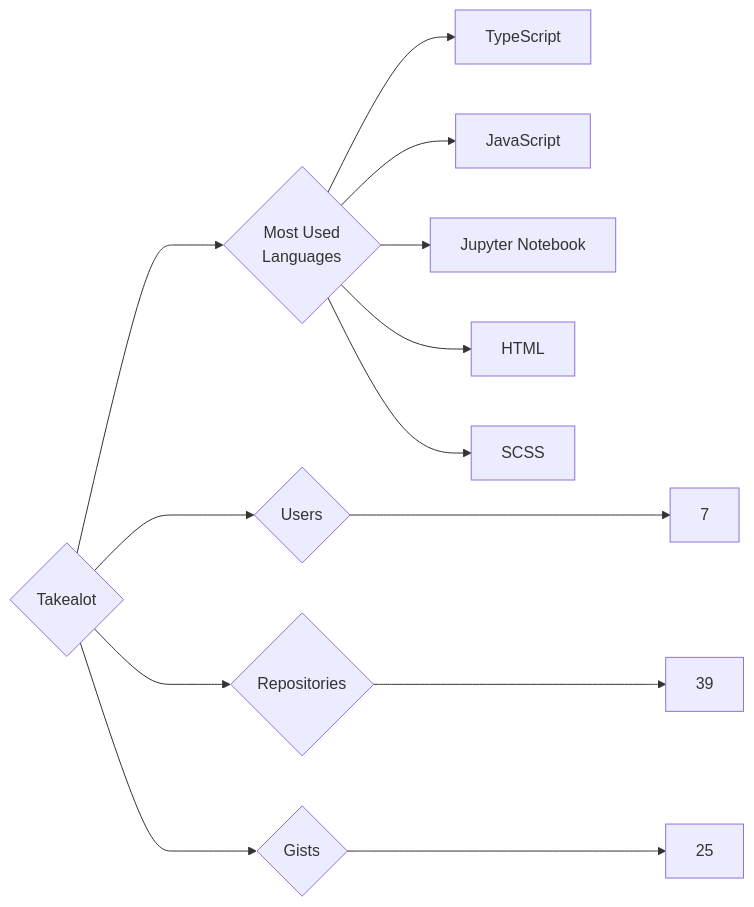
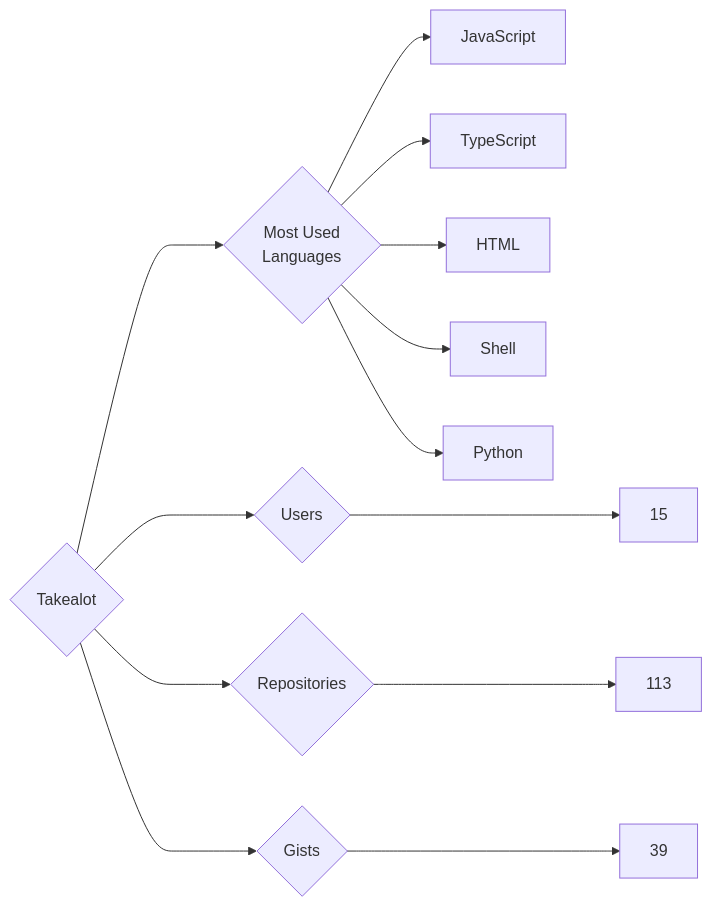
Before and after one commit to trickest/insiders: the diagram in targets/Takealot/README.md, drawn with Mermaid. The commit also changed 964 other files, not shown here.

````diff
--- a/targets/Takealot/README.md
+++ b/targets/Takealot/README.md
@@ -3,13 +3,13 @@
 ```mermaid
 graph LR
 COMPANY_NAME{Takealot}
-COMPANY_NAME ---> U{Users} ---> UN[7]
-COMPANY_NAME ---> R{Repositories} ---> RN[39]
-COMPANY_NAME ---> G{Gists} ---> GN[25]
+COMPANY_NAME ---> U{Users} ---> UN[15]
+COMPANY_NAME ---> R{Repositories} ---> RN[113]
+COMPANY_NAME ---> G{Gists} ---> GN[39]
 COMPANY_NAME ---> ML{Most Used<br>Languages}
+ML --> JavaScript[JavaScript]
 ML --> TypeScript[TypeScript]
-ML --> JavaScript[JavaScript]
-ML --> Jupyter_Notebook[Jupyter Notebook]
 ML --> HTML[HTML]
-ML --> SCSS[SCSS]
+ML --> Shell[Shell]
+ML --> Python[Python]
 ```
````
